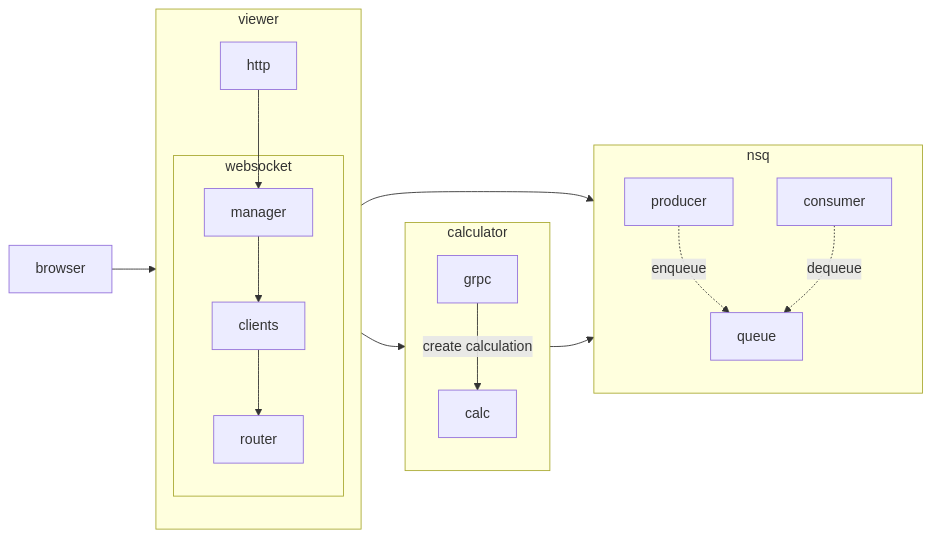
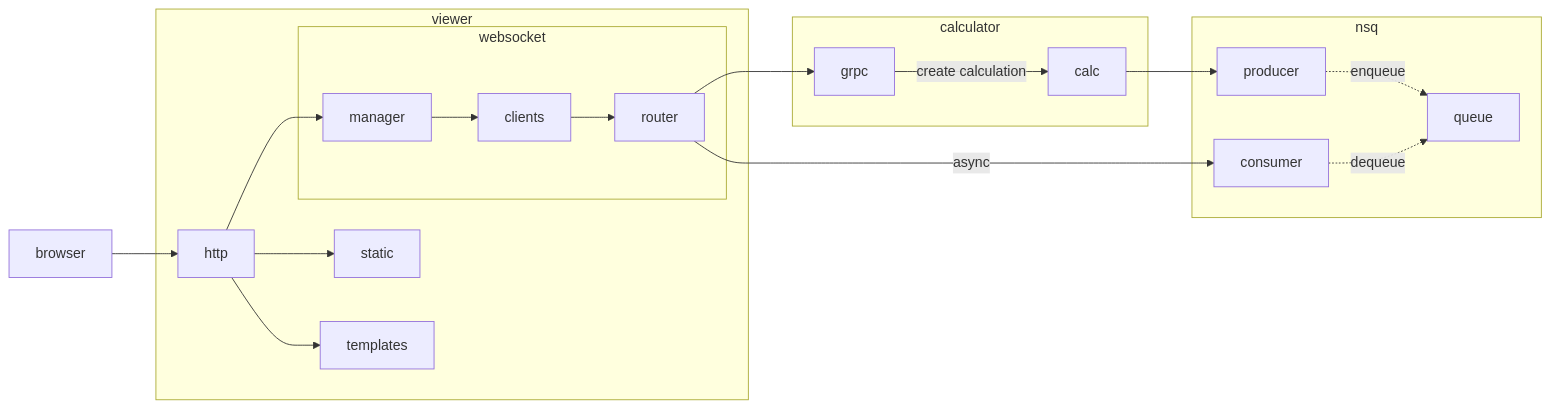
Before and after one commit to mortenskoett/calculator-madness: the first of 2 diagrams in README.md, drawn with Mermaid.

Commit message:
Add couple of details to comp diagram

````diff
--- a/README.md
+++ b/README.md
@@ -33,29 +33,26 @@
 ```mermaid
 flowchart LR
-    browser-->http
-
     subgraph calculator
-        direction TB
         grpc--create calculation-->calc
     end
-    calc-->producer
 
     subgraph viewer
-        direction TB
+        http-->static
         http-->manager
+        http-->templates
         subgraph websocket
             manager-->clients
             clients-->router
         end
     end
 
-    router-->consumer
-    router-->grpc
-
     subgraph nsq
-        direction TB
         producer-.enqueue.->queue
         consumer-.dequeue.->queue
     end
 
+    browser-->http
+    calc-->producer
+    router--async-->consumer
+    router-->grpc
 ```
````
